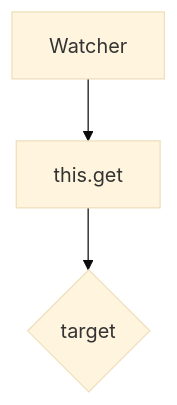
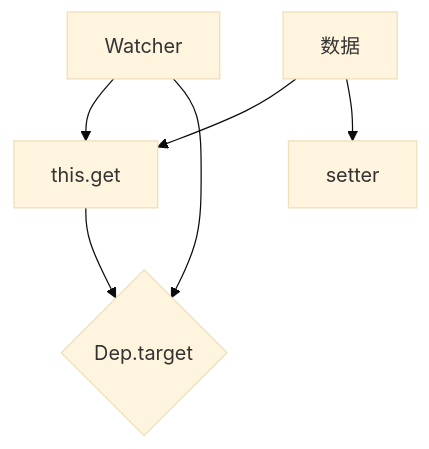
Before and after one commit to flyeagleyuan/The-issue-on-working: the second of 2 diagrams in vuepress/docs/changeObserve/README.md, drawn with Mermaid (base theme). The commit also changed other lines of this file and 1 other file, not shown here.

````diff
--- a/vuepress/docs/changeObserve/README.md
+++ b/vuepress/docs/changeObserve/README.md
@@ -359,5 +359,8 @@
 ```mermaid
 graph TD
 A[Watcher] --> B[this.get]
-B  --> c{target}
+B  --> C{Dep.target}
+A -->C
+D[数据] --> B
+D --> E[setter]
 ```
````
